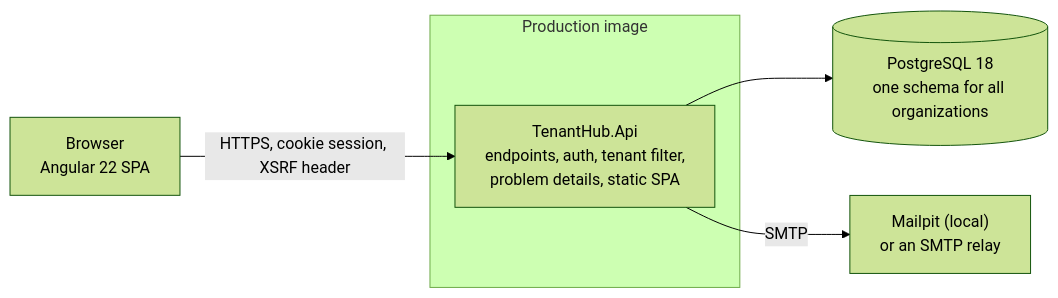
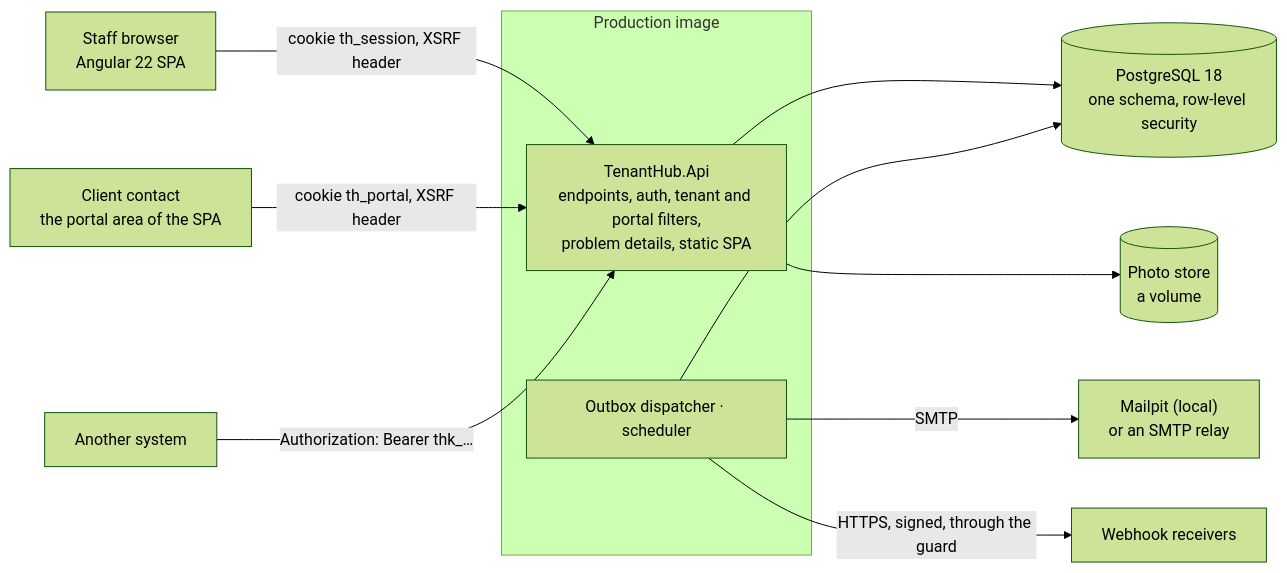
Before and after one commit to bojanpetkovski18/tenant-hub: the first of 4 diagrams in docs/ARCHITECTURE.md, drawn with Mermaid (forest theme). The commit also changed other lines of this file, not shown here.

Commit message:
Update the architecture document for v2 as built

````diff
--- a/docs/ARCHITECTURE.md
+++ b/docs/ARCHITECTURE.md
@@ -12,9 +12,15 @@
 ```mermaid
 flowchart LR
-  Browser["Browser<br/>Angular 22 SPA"] -->|"HTTPS, cookie session, XSRF header"| Api
+  Staff["Staff browser<br/>Angular 22 SPA"] -->|"cookie th_session, XSRF header"| Api
+  Contact["Client contact<br/>the portal area of the SPA"] -->|"cookie th_portal, XSRF header"| Api
+  Machine["Another system"] -->|"Authorization: Bearer thk_…"| Api
   subgraph Image["Production image"]
-    Api["TenantHub.Api<br/>endpoints, auth, tenant filter,<br/>problem details, static SPA"]
+    Api["TenantHub.Api<br/>endpoints, auth, tenant and portal filters,<br/>problem details, static SPA"]
+    Workers["Outbox dispatcher · scheduler"]
   end
-  Api --> Db[("PostgreSQL 18<br/>one schema for all organizations")]
-  Api -->|SMTP| Mail["Mailpit (local)<br/>or an SMTP relay"]
+  Api --> Db[("PostgreSQL 18<br/>one schema, row-level security")]
+  Workers --> Db
+  Api --> Files[("Photo store<br/>a volume")]
+  Workers -->|SMTP| Mail["Mailpit (local)<br/>or an SMTP relay"]
+  Workers -->|"HTTPS, signed, through the guard"| Hooks["Webhook receivers"]
 ```
````
